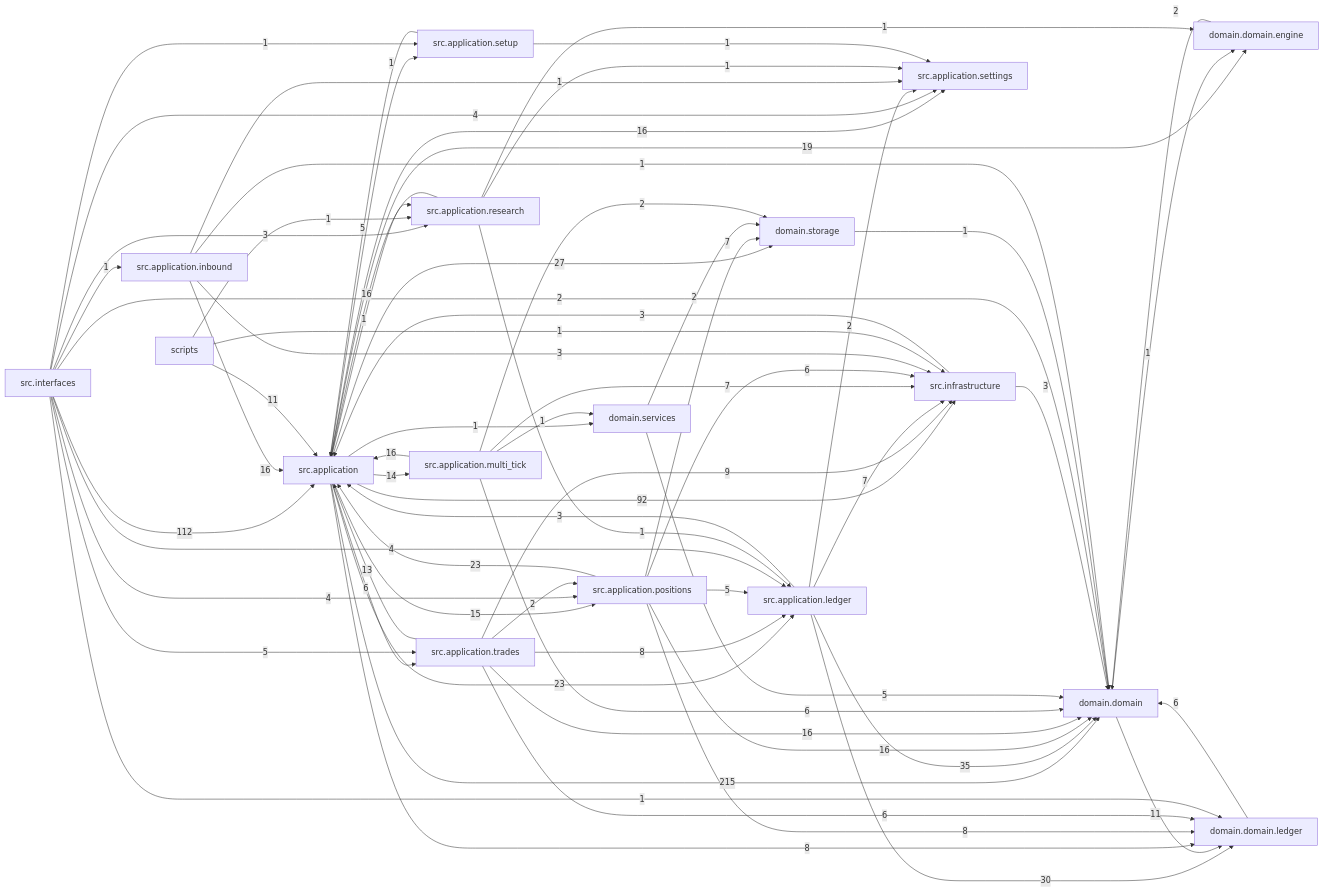
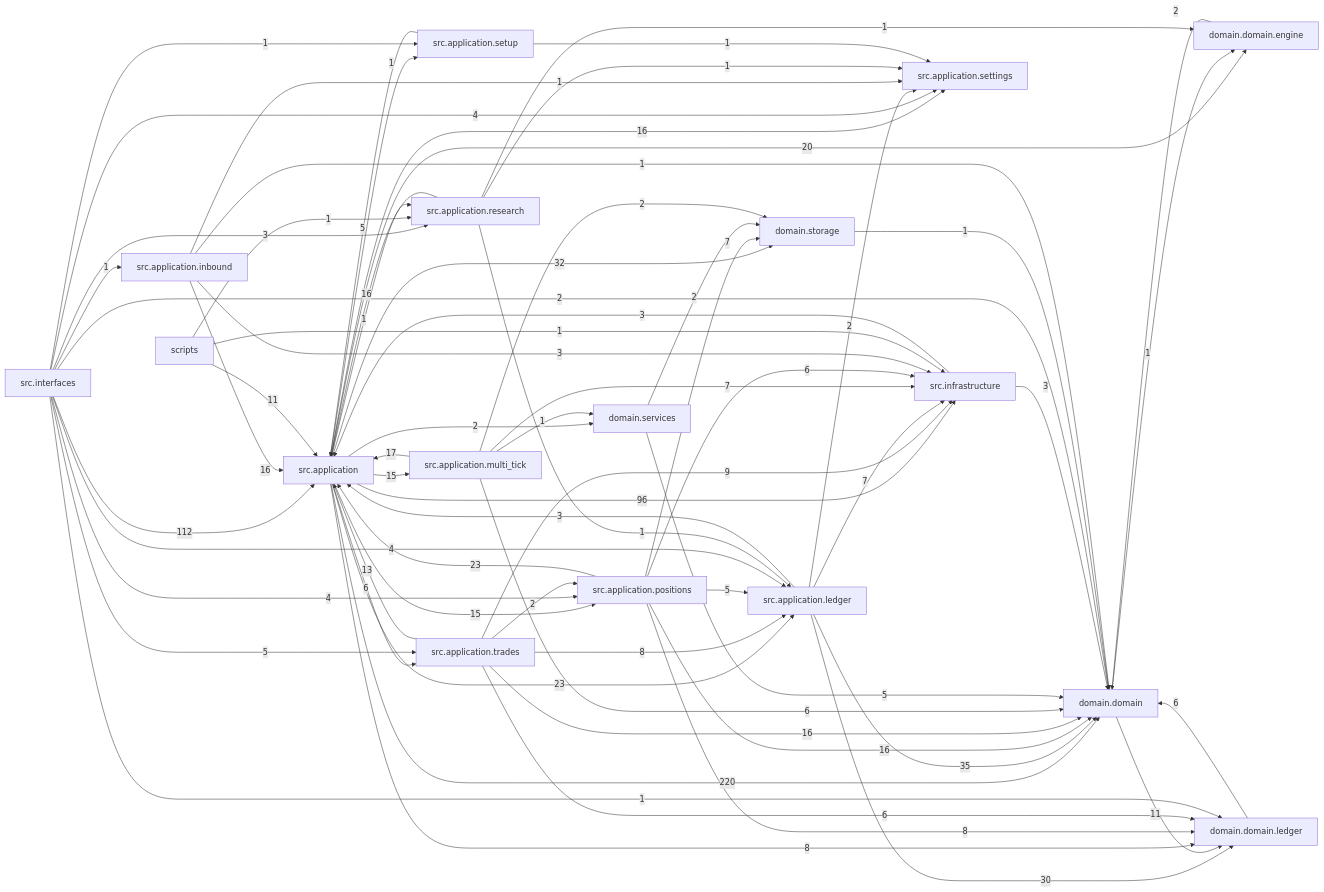
Before and after one commit to liuxie066/options-monitor: the diagram in docs/dependency_graph.mmd, drawn with Mermaid. The commit also changed 37 other files, not shown here.

```diff
--- a/docs/dependency_graph.mmd
+++ b/docs/dependency_graph.mmd
@@ -1,68 +1,68 @@
 flowchart LR
-  src_application["src.application"] -->|215| domain_domain["domain.domain"]
+  src_application["src.application"] -->|220| domain_domain["domain.domain"]
   src_interfaces["src.interfaces"] -->|112| src_application["src.application"]
-  src_application["src.application"] -->|92| src_infrastructure["src.infrastructure"]
+  src_application["src.application"] -->|96| src_infrastructure["src.infrastructure"]
   src_application_ledger["src.application.ledger"] -->|35| domain_domain["domain.domain"]
+  src_application["src.application"] -->|32| domain_storage["domain.storage"]
   src_application_ledger["src.application.ledger"] -->|30| domain_domain_ledger["domain.domain.ledger"]
-  src_application["src.application"] -->|27| domain_storage["domain.storage"]
   src_application["src.application"] -->|23| src_application_ledger["src.application.ledger"]
   src_application_positions["src.application.positions"] -->|23| src_application["src.application"]
-  src_application["src.application"] -->|19| domain_domain_engine["domain.domain.engine"]
+  src_application["src.application"] -->|20| domain_domain_engine["domain.domain.engine"]
+  src_application_multi_tick["src.application.multi_tick"] -->|17| src_application["src.application"]
   src_application["src.application"] -->|16| src_application_settings["src.application.settings"]
   src_application_inbound["src.application.inbound"] -->|16| src_application["src.application"]
-  src_application_multi_tick["src.application.multi_tick"] -->|16| src_application["src.application"]
   src_application_positions["src.application.positions"] -->|16| domain_domain["domain.domain"]
   src_application_research["src.application.research"] -->|16| src_application["src.application"]
   src_application_trades["src.application.trades"] -->|16| domain_domain["domain.domain"]
+  src_application["src.application"] -->|15| src_application_multi_tick["src.application.multi_tick"]
   src_application["src.application"] -->|15| src_application_positions["src.application.positions"]
-  src_application["src.application"] -->|14| src_application_multi_tick["src.application.multi_tick"]
   src_application_trades["src.application.trades"] -->|13| src_application["src.application"]
   domain_domain["domain.domain"] -->|11| domain_domain_ledger["domain.domain.ledger"]
   scripts["scripts"] -->|11| src_application["src.application"]
   src_application_trades["src.application.trades"] -->|9| src_infrastructure["src.infrastructure"]
   src_application["src.application"] -->|8| domain_domain_ledger["domain.domain.ledger"]
   src_application_positions["src.application.positions"] -->|8| domain_domain_ledger["domain.domain.ledger"]
   src_application_trades["src.application.trades"] -->|8| src_application_ledger["src.application.ledger"]
   src_application_ledger["src.application.ledger"] -->|7| src_infrastructure["src.infrastructure"]
   src_application_multi_tick["src.application.multi_tick"] -->|7| src_infrastructure["src.infrastructure"]
   src_application_positions["src.application.positions"] -->|7| domain_storage["domain.storage"]
   domain_domain_ledger["domain.domain.ledger"] -->|6| domain_domain["domain.domain"]
   src_application["src.application"] -->|6| src_application_trades["src.application.trades"]
   src_application_multi_tick["src.application.multi_tick"] -->|6| domain_domain["domain.domain"]
   src_application_positions["src.application.positions"] -->|6| src_infrastructure["src.infrastructure"]
   src_application_trades["src.application.trades"] -->|6| domain_domain_ledger["domain.domain.ledger"]
   domain_services["domain.services"] -->|5| domain_domain["domain.domain"]
   src_application_positions["src.application.positions"] -->|5| src_application_ledger["src.application.ledger"]
   src_application_setup["src.application.setup"] -->|5| src_application["src.application"]
   src_interfaces["src.interfaces"] -->|5| src_application_trades["src.application.trades"]
   src_interfaces["src.interfaces"] -->|4| src_application_ledger["src.application.ledger"]
   src_interfaces["src.interfaces"] -->|4| src_application_positions["src.application.positions"]
   src_interfaces["src.interfaces"] -->|4| src_application_settings["src.application.settings"]
   src_application_inbound["src.application.inbound"] -->|3| src_infrastructure["src.infrastructure"]
   src_application_ledger["src.application.ledger"] -->|3| src_application["src.application"]
   src_infrastructure["src.infrastructure"] -->|3| domain_domain["domain.domain"]
   src_infrastructure["src.infrastructure"] -->|3| src_application["src.application"]
   src_interfaces["src.interfaces"] -->|3| src_application_research["src.application.research"]
   domain_domain_engine["domain.domain.engine"] -->|2| domain_domain["domain.domain"]
   domain_services["domain.services"] -->|2| domain_storage["domain.storage"]
+  src_application["src.application"] -->|2| domain_services["domain.services"]
   src_application_ledger["src.application.ledger"] -->|2| src_application_settings["src.application.settings"]
   src_application_multi_tick["src.application.multi_tick"] -->|2| domain_storage["domain.storage"]
   src_application_trades["src.application.trades"] -->|2| src_application_positions["src.application.positions"]
   src_interfaces["src.interfaces"] -->|2| domain_domain["domain.domain"]
   domain_domain["domain.domain"] -->|1| domain_domain_engine["domain.domain.engine"]
   domain_storage["domain.storage"] -->|1| domain_domain["domain.domain"]
   scripts["scripts"] -->|1| src_application_research["src.application.research"]
   scripts["scripts"] -->|1| src_infrastructure["src.infrastructure"]
-  src_application["src.application"] -->|1| domain_services["domain.services"]
   src_application["src.application"] -->|1| src_application_research["src.application.research"]
   src_application["src.application"] -->|1| src_application_setup["src.application.setup"]
   src_application_inbound["src.application.inbound"] -->|1| domain_domain["domain.domain"]
   src_application_inbound["src.application.inbound"] -->|1| src_application_settings["src.application.settings"]
   src_application_multi_tick["src.application.multi_tick"] -->|1| domain_services["domain.services"]
   src_application_research["src.application.research"] -->|1| domain_domain_engine["domain.domain.engine"]
   src_application_research["src.application.research"] -->|1| src_application_ledger["src.application.ledger"]
   src_application_research["src.application.research"] -->|1| src_application_settings["src.application.settings"]
   src_application_setup["src.application.setup"] -->|1| src_application_settings["src.application.settings"]
   src_interfaces["src.interfaces"] -->|1| domain_domain_ledger["domain.domain.ledger"]
   src_interfaces["src.interfaces"] -->|1| src_application_inbound["src.application.inbound"]
   src_interfaces["src.interfaces"] -->|1| src_application_setup["src.application.setup"]
```
